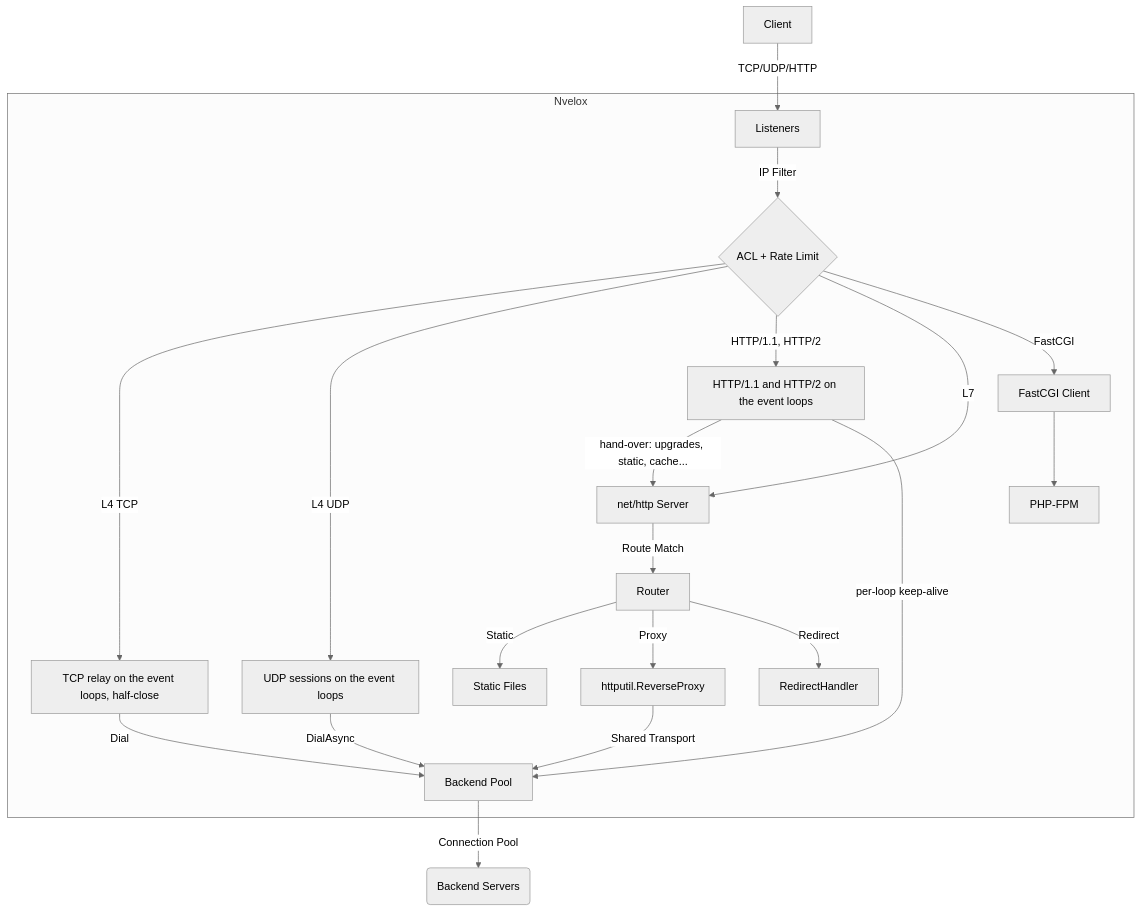
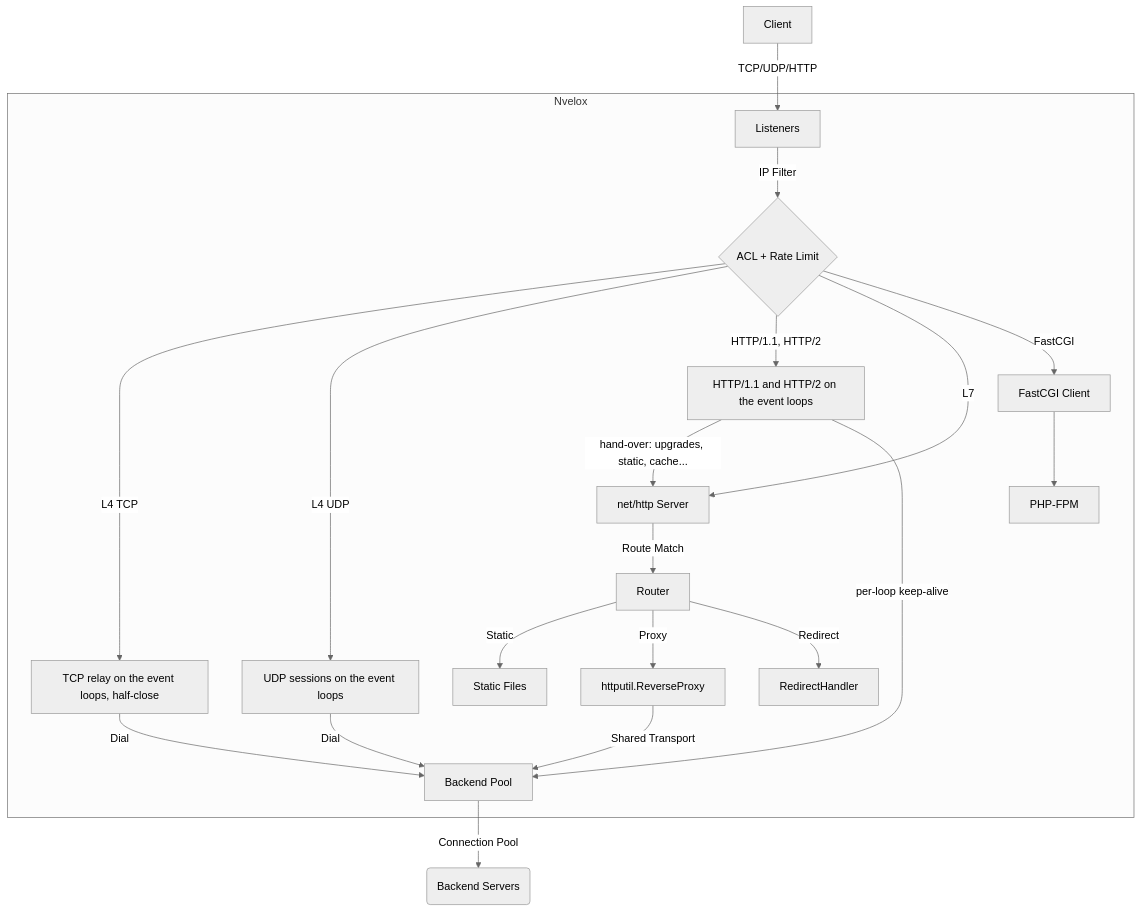
The diagram in README.md (nvelox/nvelox), drawn with Mermaid (neutral theme) before and after one commit. The commit also changed other lines of this file and 20 other files, not shown here.

````diff
--- a/README.md
+++ b/README.md
@@ -97,23 +97,23 @@
 ```mermaid
 graph TD
     Client -->|TCP/UDP/HTTP| Listeners
     subgraph Nvelox
         Listeners -->|IP Filter| ACL{ACL + Rate Limit}
         ACL -->|L4 TCP| L4Relay[TCP relay on the event loops, half-close]
-        ACL -->|L4 UDP| NBIOEngine[UDP sessions on the event loops]
+        ACL -->|L4 UDP| UDPSessions[UDP sessions on the event loops]
         ACL -->|HTTP/1.1, HTTP/2| FastPath[HTTP/1.1 and HTTP/2 on the event loops]
         ACL -->|L7| HTTPServer[net/http Server]
         FastPath -->|hand-over: upgrades, static, cache...| HTTPServer
         FastPath -->|per-loop keep-alive| BackendPool
         ACL -->|FastCGI| FCGIClient[FastCGI Client]
         HTTPServer -->|Route Match| Router
         Router -->|Static| FileServer[Static Files]
         Router -->|Proxy| ReverseProxy[httputil.ReverseProxy]
         Router -->|Redirect| RedirectHandler
         L4Relay -->|Dial| BackendPool
-        NBIOEngine -->|DialAsync| BackendPool
+        UDPSessions -->|Dial| BackendPool
         ReverseProxy -->|Shared Transport| BackendPool[Backend Pool]
         FCGIClient --> PHPFPM[PHP-FPM]
     end
     BackendPool -->|Connection Pool| Backends(Backend Servers)
 ```
````
